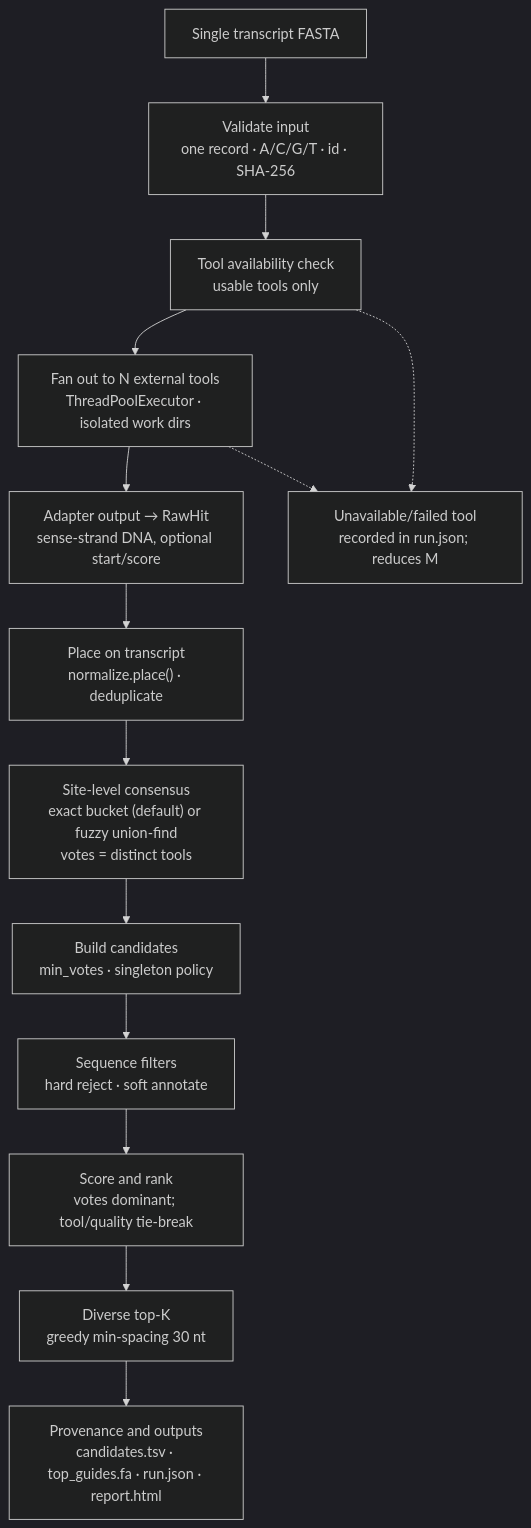
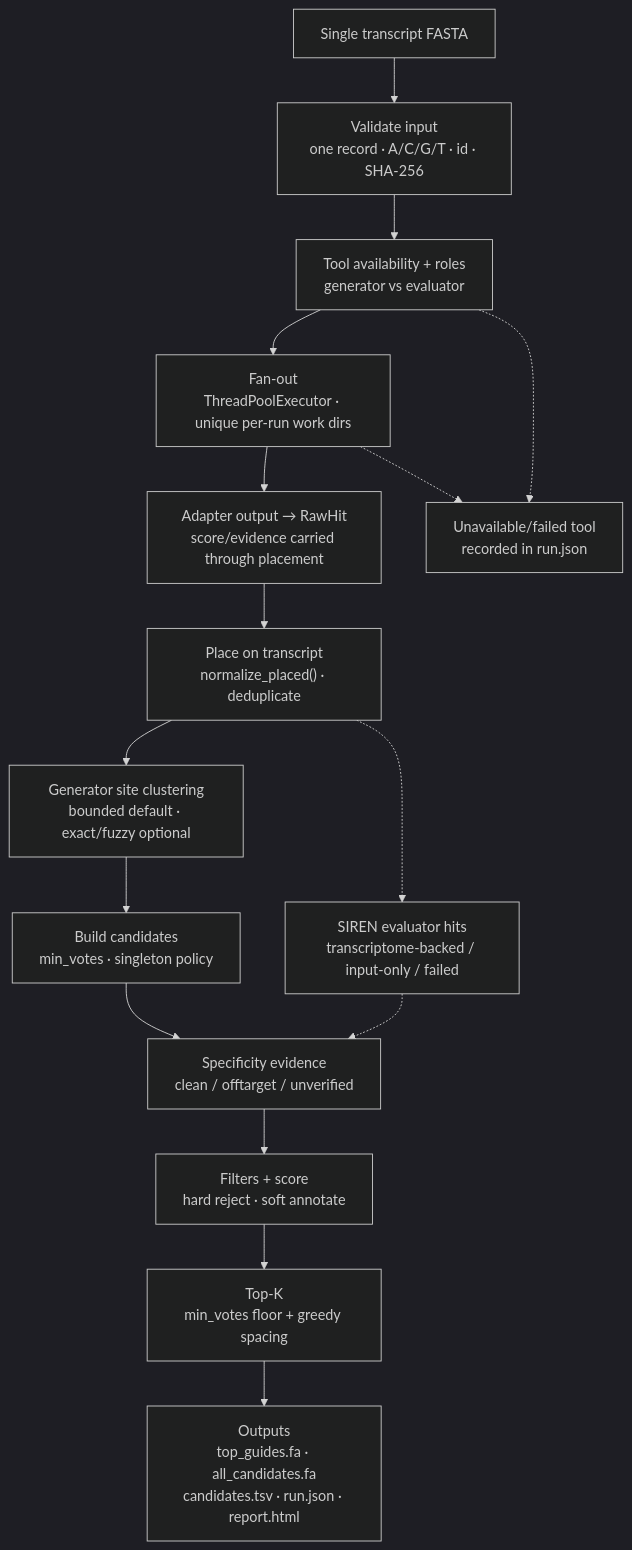
Before and after one commit to matarina/sirna-consensus: the diagram in README.md, drawn with Mermaid (dark theme). The commit also changed other lines of this file and 31 other files, not shown here.

Commit message:
release v1.0.0: fix output correctness, consensus semantics, provenance, and benchmarking scaffold

````diff
--- a/README.md
+++ b/README.md
@@ -49,16 +52,18 @@
 ```mermaid
 flowchart TD
     A["Single transcript FASTA"] --> B["Validate input<br/>one record · A/C/G/T · id · SHA-256"]
-    B --> C["Tool availability check<br/>usable tools only"]
-    C --> D["Fan out to N external tools<br/>ThreadPoolExecutor · isolated work dirs"]
-    D --> E["Adapter output → RawHit<br/>sense-strand DNA, optional start/score"]
-    E --> F["Place on transcript<br/>normalize.place() · deduplicate"]
-    F --> G["Site-level consensus<br/>exact bucket (default) or fuzzy union-find<br/>votes = distinct tools"]
+    B --> C["Tool availability + roles<br/>generator vs evaluator"]
+    C --> D["Fan-out<br/>ThreadPoolExecutor · unique per-run work dirs"]
+    D --> E["Adapter output → RawHit<br/>score/evidence carried through placement"]
+    E --> F["Place on transcript<br/>normalize_placed() · deduplicate"]
+    F --> G["Generator site clustering<br/>bounded default · exact/fuzzy optional"]
     G --> H["Build candidates<br/>min_votes · singleton policy"]
-    H --> I["Sequence filters<br/>hard reject · soft annotate"]
-    I --> J["Score and rank<br/>votes dominant; tool/quality tie-break"]
-    J --> K["Diverse top-K<br/>greedy min-spacing 30 nt"]
-    K --> L["Provenance and outputs<br/>candidates.tsv · top_guides.fa · run.json · report.html"]
-    C -.-> X["Unavailable/failed tool<br/>recorded in run.json; reduces M"]
+    F -.-> S["SIREN evaluator hits<br/>transcriptome-backed / input-only / failed"]
+    S -.-> I["Specificity evidence<br/>clean / offtarget / unverified"]
+    H --> I
+    I --> J["Filters + score<br/>hard reject · soft annotate"]
+    J --> K["Top-K<br/>min_votes floor + greedy spacing"]
+    K --> L["Outputs<br/>top_guides.fa · all_candidates.fa<br/>candidates.tsv · run.json · report.html"]
+    C -.-> X["Unavailable/failed tool<br/>recorded in run.json"]
     D -.-> X
 ```
````
